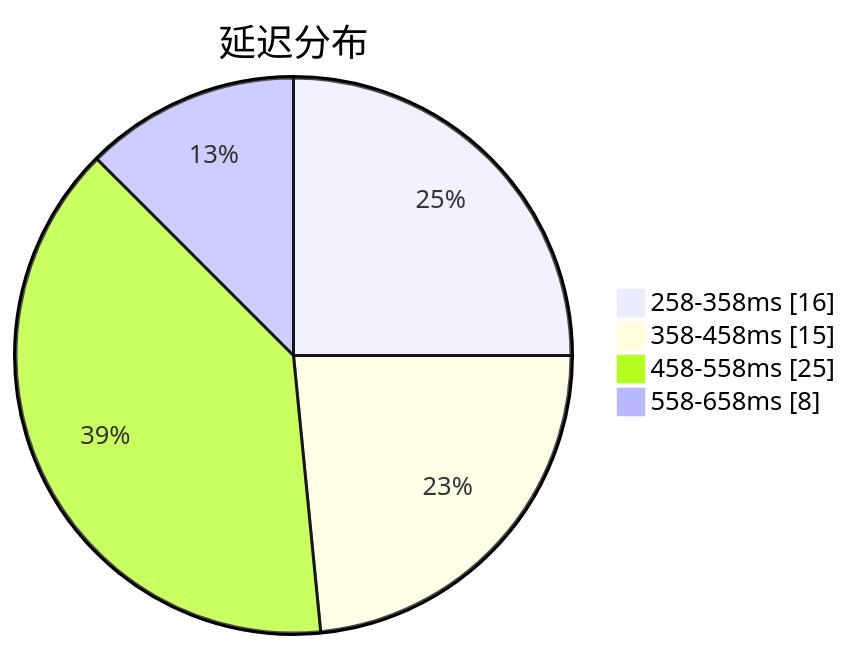
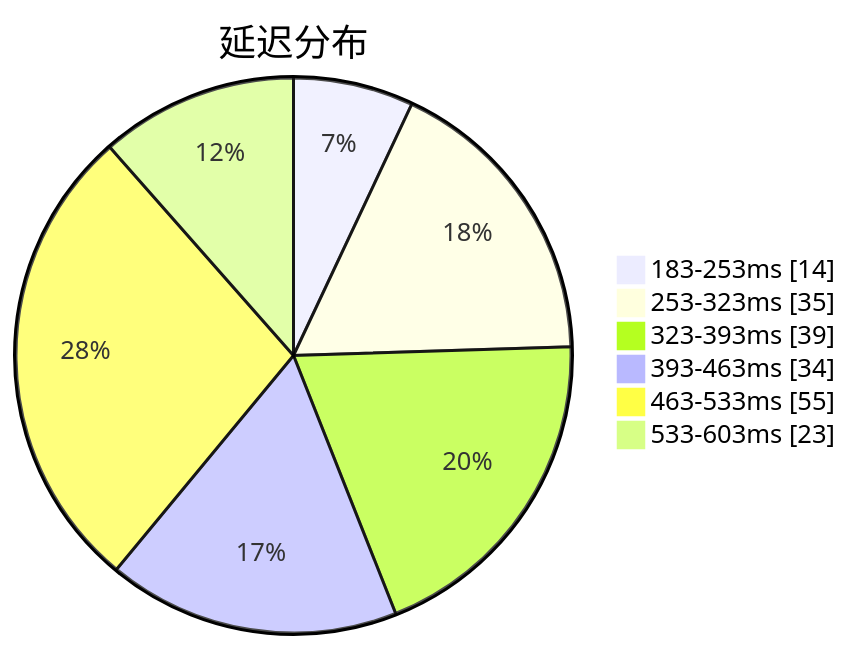
Before and after one commit to qjlxg/airport: the first of 3 diagrams in subs/statistics/tested_within.md, drawn with Mermaid. The commit also changed other lines of this file and 2 other files, not shown here.

````diff
--- a/subs/statistics/tested_within.md
+++ b/subs/statistics/tested_within.md
@@ -2,8 +2,10 @@
 ```mermaid
 pie showData
 title 延迟分布
-"258-358ms" : 16
-"358-458ms" : 15
-"458-558ms" : 25
-"558-658ms" : 8
+"183-253ms" : 14
+"253-323ms" : 35
+"323-393ms" : 39
+"393-463ms" : 34
+"463-533ms" : 55
+"533-603ms" : 23
 ```
````
